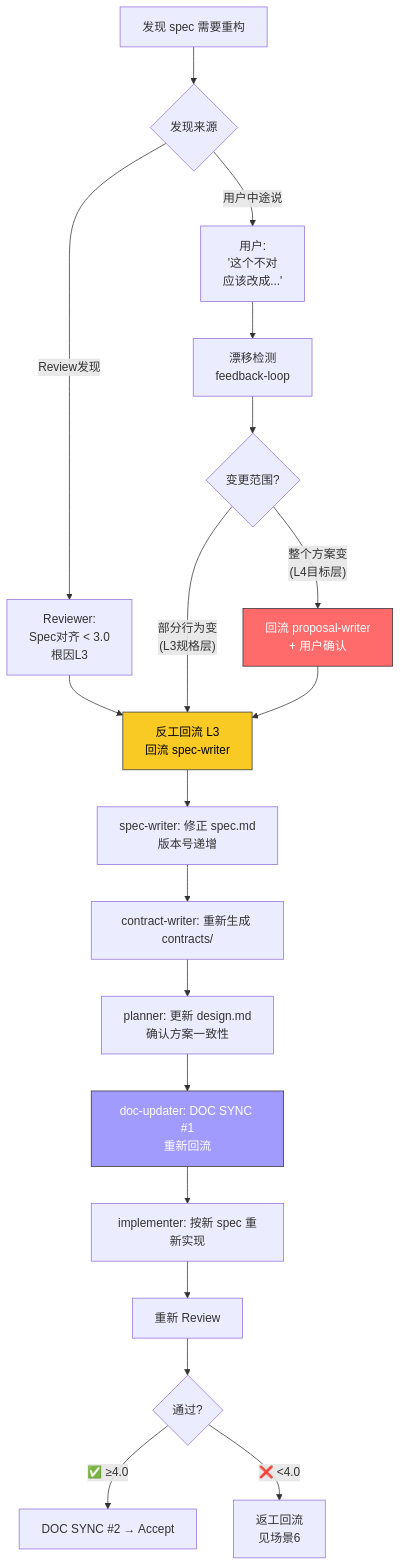
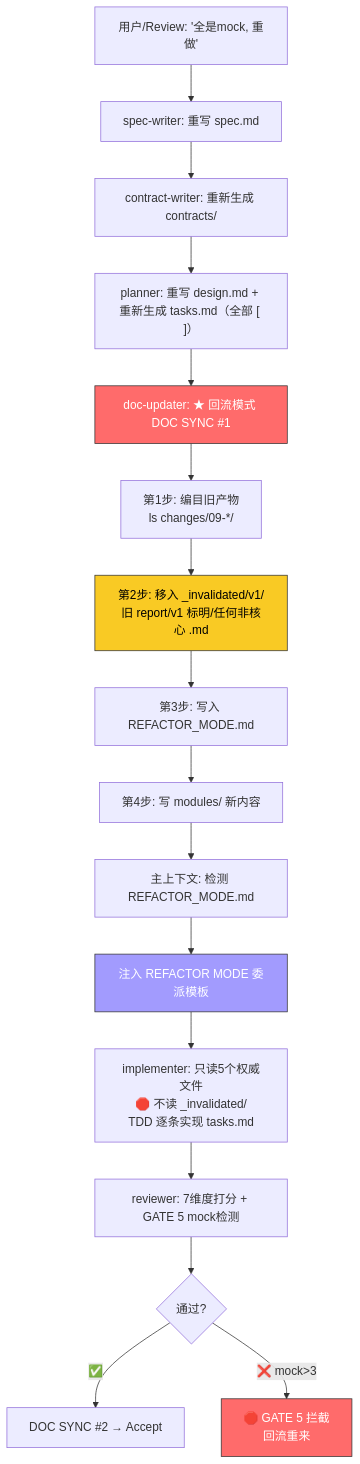
The diagram in skill-markets/fullstack4TraeV8/scenarios/07-refactor-spec.md (monsterbude123/my-trae-helper), drawn with Mermaid before and after one commit. The commit also changed other lines of this file and 23 other files, not shown here.

````diff
--- a/skill-markets/fullstack4TraeV8/scenarios/07-refactor-spec.md
+++ b/skill-markets/fullstack4TraeV8/scenarios/07-refactor-spec.md
@@ -52,28 +22,26 @@
 ```mermaid
 graph TD
-    START["发现 spec 需要重构"] --> SOURCE{发现来源}
+    START["用户/Review: '全是mock, 重做'"] --> SPEC["spec-writer: 重写 spec.md"]
+    SPEC --> CONTRACT["contract-writer: 重新生成 contracts/"]
+    CONTRACT --> PLAN["planner: 重写 design.md + 重新生成 tasks.md（全部 [ ]）"]
+    PLAN --> DOCSYNC["doc-updater: ★ 回流模式 DOC SYNC #1"]
     
-    SOURCE -->|"Review发现"| REV["Reviewer: <br/>Spec对齐 < 3.0<br/>根因L3"]
-    SOURCE -->|"用户中途说"| USER["用户: <br/>'这个不对<br/>应该改成...'"]
+    DOCSYNC --> CATALOG["第1步: 编目旧产物<br/>ls changes/09-*/"]
+    CATALOG --> ISOLATE["第2步: 移入 _invalidated/v1/<br/>旧 report/v1 标明/任何非核心 .md"]
+    ISOLATE --> MARK["第3步: 写入 REFACTOR_MODE.md"]
+    MARK --> WRITE["第4步: 写 modules/ 新内容"]
     
-    REV --> L3["反工回流 L3<br/>回流 spec-writer"]
-    USER --> DRIFT["漂移检测<br/>feedback-loop"]
-    DRIFT --> L4_OR_L3{变更范围?}
-    L4_OR_L3 -->|"整个方案变<br/>(L4目标层)"| L4["回流 proposal-writer<br/>+ 用户确认"]
-    L4_OR_L3 -->|"部分行为变<br/>(L3规格层)"| L3
-    L4 --> L3
+    WRITE --> CTX["主上下文: 检测 REFACTOR_MODE.md"]
+    CTX --> INJECT["注入 REFACTOR MODE 委派模板"]
+    INJECT --> IMPL["implementer: 只读5个权威文件<br/>🛑 不读 _invalidated/<br/>TDD 逐条实现 tasks.md"]
     
-    L3 --> SW["spec-writer: 修正 spec.md<br/>版本号递增"]
-    SW --> CW["contract-writer: 重新生成 contracts/"]
-    CW --> PL["planner: 更新 design.md<br/>确认方案一致性"]
-    PL --> DOC["doc-updater: DOC SYNC #1<br/>重新回流"]
-    DOC --> IMPL["implementer: 按新 spec 重新实现"]
-    IMPL --> REREV["重新 Review"]
-    REREV --> RESULT{通过?}
-    RESULT -->|"✅ ≥4.0"| DONE["DOC SYNC #2 → Accept"]
-    RESULT -->|"❌ <4.0"| RETRY["返工回流<br/>见场景6"]
+    IMPL --> REVIEW["reviewer: 7维度打分 + GATE 5 mock检测"]
+    REVIEW --> RESULT{通过?}
+    RESULT -->|"✅"| DONE["DOC SYNC #2 → Accept"]
+    RESULT -->|"❌ mock>3"| BLOCK["🛑 GATE 5 拦截<br/>回流重来"]
 
-    style L3 fill:#f9ca24,stroke:#333,color:#000
-    style L4 fill:#ff6b6b,stroke:#333,color:#fff
-    style DOC fill:#a29bfe,stroke:#333,color:#fff
+    style DOCSYNC fill:#ff6b6b,stroke:#333,color:#fff
+    style ISOLATE fill:#f9ca24,stroke:#333,color:#000
+    style INJECT fill:#a29bfe,stroke:#333,color:#fff
+    style BLOCK fill:#ff6b6b,stroke:#333,color:#fff
 ```
````
